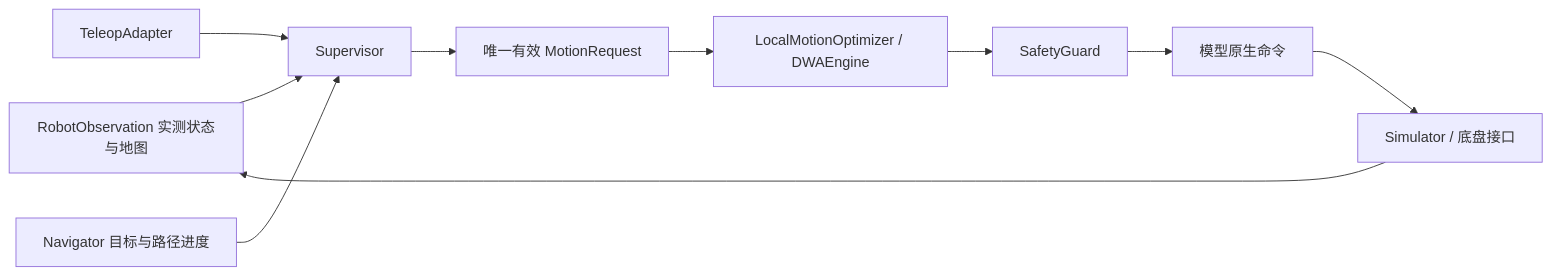
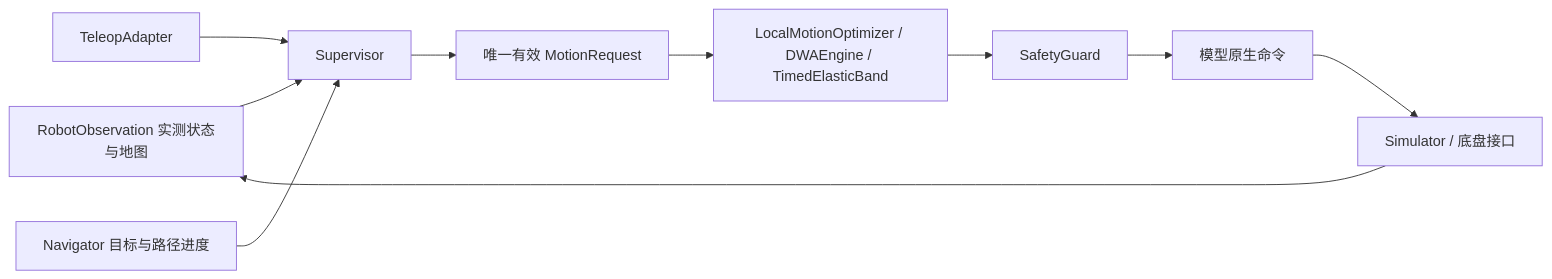
The diagram in docs/architecture.md (GrayFL/pyrobo), drawn with Mermaid before and after one commit. The commit also changed other lines of this file and 32 other files, not shown here.

````diff
--- a/docs/architecture.md
+++ b/docs/architecture.md
@@ -7,12 +7,12 @@
 ```mermaid
 flowchart LR
     Observation[RobotObservation 实测状态与地图] --> Supervisor
     TeleopAdapter --> Supervisor
     Navigator[Navigator 目标与路径进度] --> Supervisor
     Supervisor --> Request[唯一有效 MotionRequest]
-    Request --> Optimizer[LocalMotionOptimizer / DWAEngine]
+    Request --> Optimizer[LocalMotionOptimizer / DWAEngine / TimedElasticBand]
     Optimizer --> SafetyGuard
     SafetyGuard --> Native[模型原生命令]
     Native --> Simulator[Simulator / 底盘接口]
     Simulator --> Observation
 ```
````
